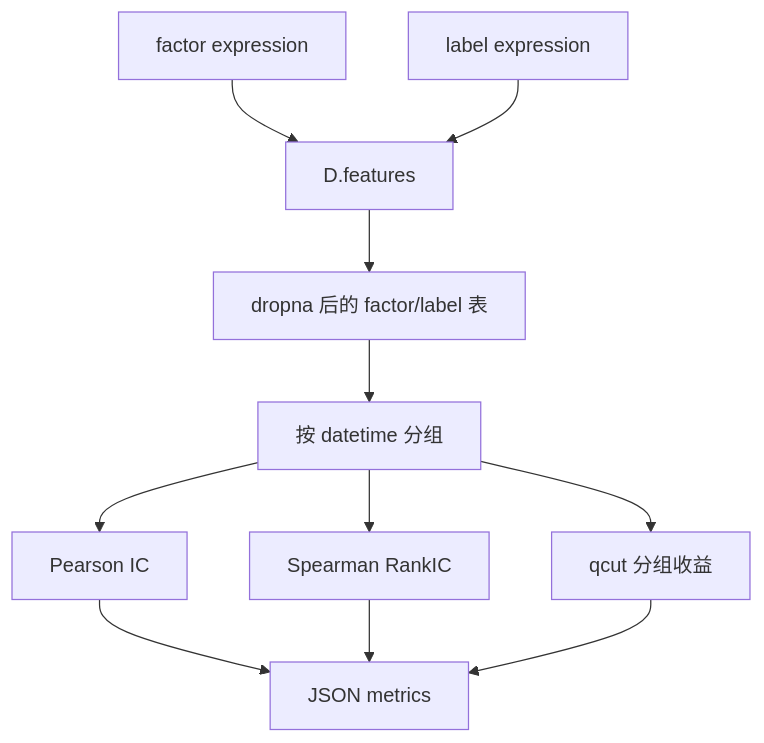
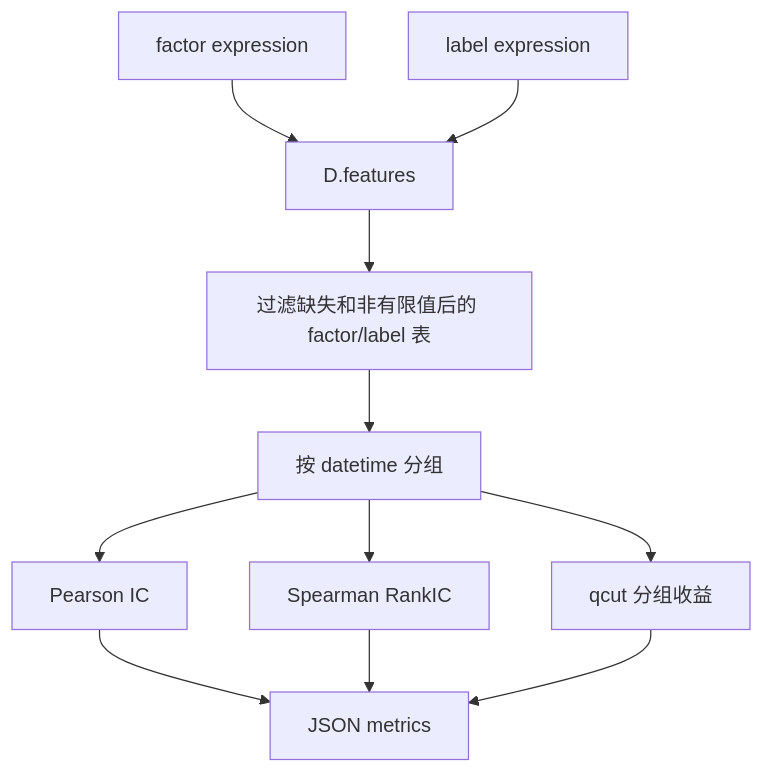
One commit to mindandhand/finance-llm-apps-roadmap changed the diagram in qlib-demos/06-factor-evaluation/README.md. Above: the diagram before and after it, drawn with Mermaid. The commit also changed other lines of this file and 53 other files, not shown here.

````diff
--- a/qlib-demos/06-factor-evaluation/README.md
+++ b/qlib-demos/06-factor-evaluation/README.md
@@ -11,13 +11,13 @@
 ```mermaid
 graph TD
     A["factor expression"] --> C["D.features"]
     B["label expression"] --> C
-    C --> D["dropna 后的 factor/label 表"]
+    C --> D["过滤缺失和非有限值后的 factor/label 表"]
     D --> E["按 datetime 分组"]
     E --> F["Pearson IC"]
     E --> G["Spearman RankIC"]
     E --> H["qcut 分组收益"]
     F --> I["JSON metrics"]
     G --> I
     H --> I
 ```
````
